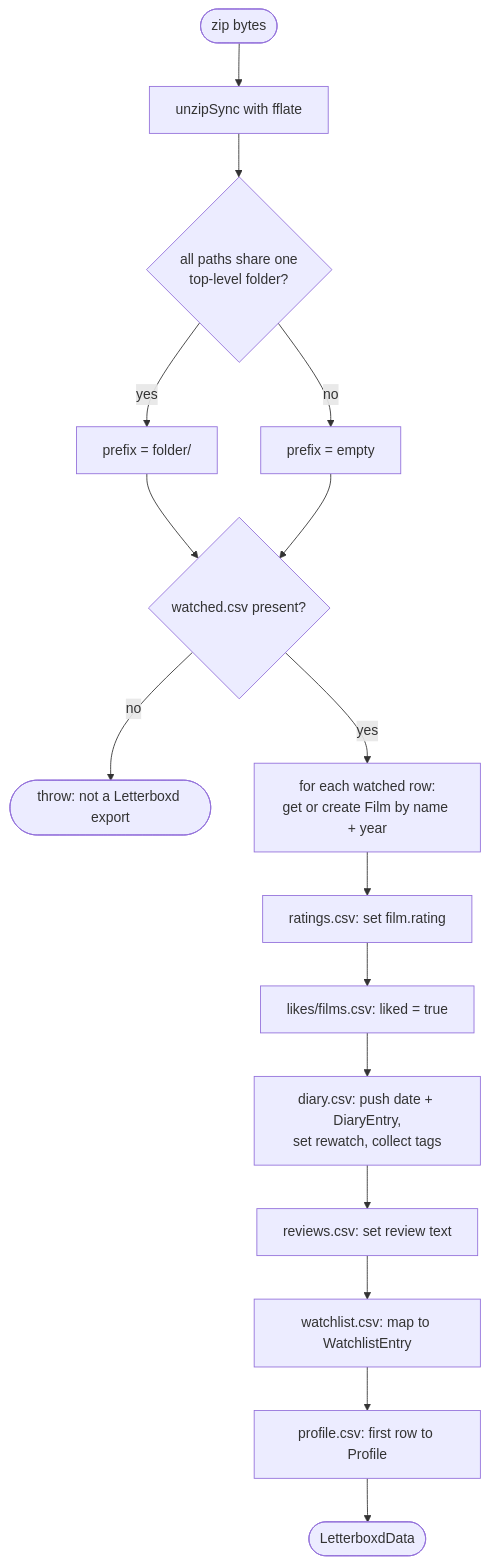
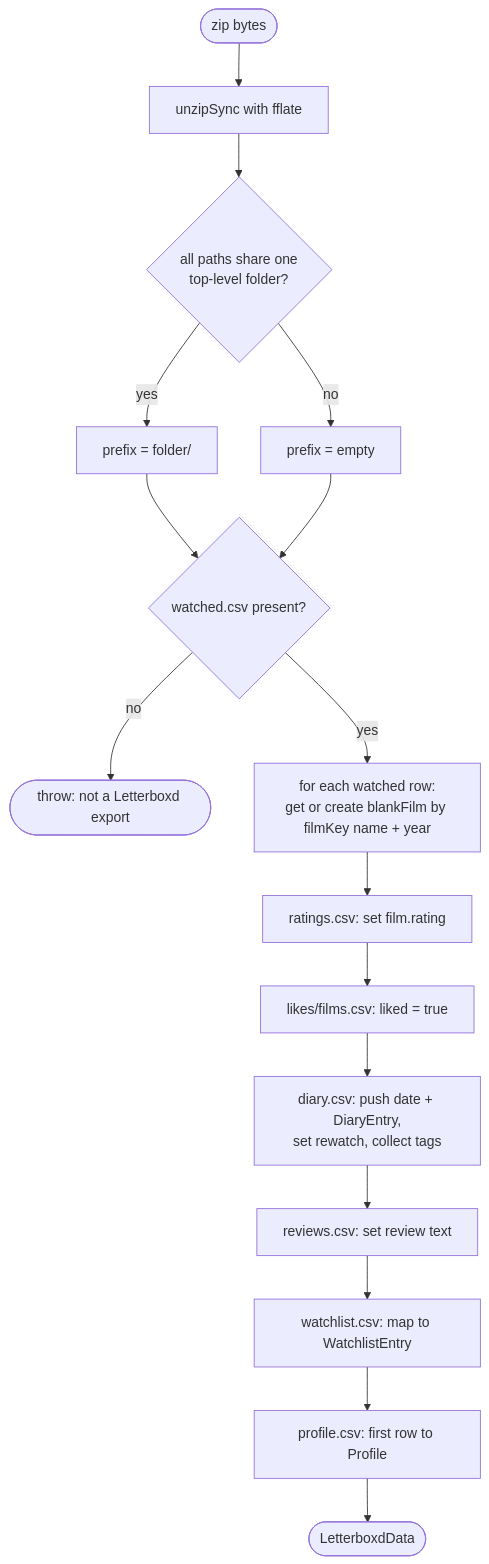
One commit to LaurinSorgend/letterboxd-vizard changed diagram 19 of 26 in docs/ARCHITECTURE.md. Above: the diagram before and after it, drawn with Mermaid. The commit also changed other lines of this file and 319 other files, not shown here.

Commit message:
Untangle the codebase: shared film/api/year modules, per-section dashboard, generic server caches

````diff
--- a/docs/ARCHITECTURE.md
+++ b/docs/ARCHITECTURE.md
@@ -1059,18 +1250,18 @@
 ```mermaid
 flowchart TD
     A([zip bytes]) --> B[unzipSync with fflate]
     B --> C{all paths share one<br/>top-level folder?}
     C -- yes --> D[prefix = folder/]
     C -- no --> E[prefix = empty]
     D --> F
     E --> F{watched.csv present?}
     F -- no --> X([throw: not a Letterboxd export])
-    F -- yes --> G[for each watched row:<br/>get or create Film by name + year]
+    F -- yes --> G[for each watched row:<br/>get or create blankFilm by filmKey name + year]
     G --> H[ratings.csv: set film.rating]
     H --> I[likes/films.csv: liked = true]
     I --> J[diary.csv: push date + DiaryEntry,<br/>set rewatch, collect tags]
     J --> K[reviews.csv: set review text]
     K --> L[watchlist.csv: map to WatchlistEntry]
     L --> M[profile.csv: first row to Profile]
     M --> N([LetterboxdData])
 ```
````
